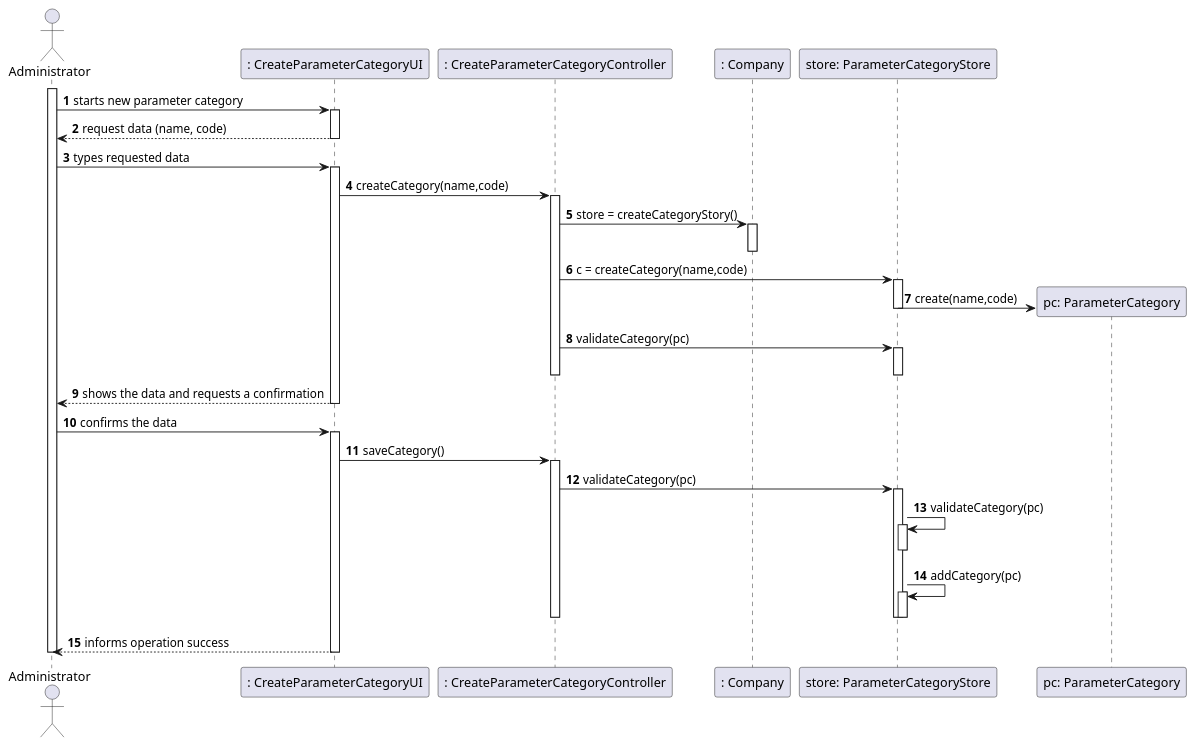
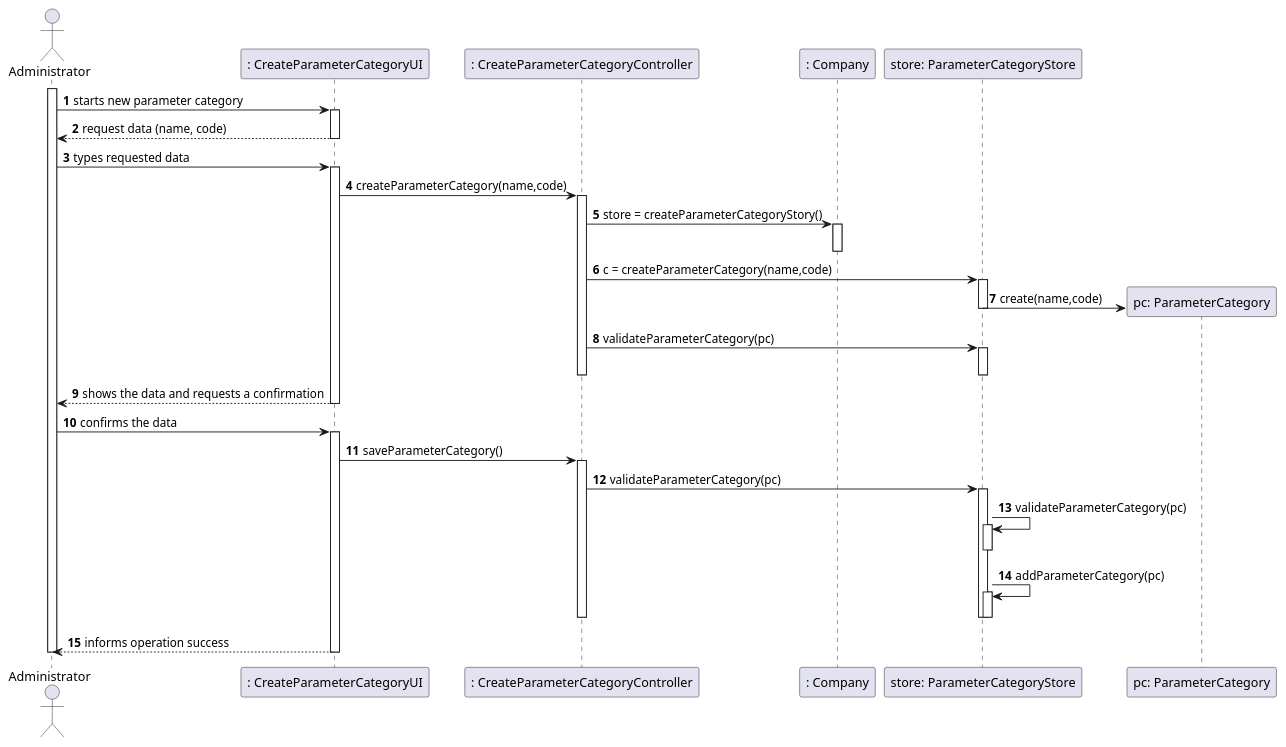
Before and after one commit to manu-07-ela/LAPR2_ISEP: the diagram in docs/SprintB/US11/US11-SD.puml, drawn with PlantUML.

Commit message:
Slight change in the US11 SD

```diff
--- a/docs/SprintB/US11/US11-SD.puml
+++ b/docs/SprintB/US11/US11-SD.puml
@@ -1,55 +1,55 @@
 @startuml
 autonumber
 'hide footbox
 actor "Administrator" as Adm
 
 participant ": CreateParameterCategoryUI" as UI
 participant ": CreateParameterCategoryController" as CTRL
 participant ": Company" as Comp
 participant "store: ParameterCategoryStore" as str
 participant "pc: ParameterCategory" as Cat
 
 activate Adm
 Adm-> UI: starts new parameter category
 activate UI
 UI --> Adm : request data (name, code)
 deactivate UI
 Adm -> UI: types requested data
 activate UI
 
-UI -> CTRL : createCategory(name,code)
+UI -> CTRL : createParameterCategory(name,code)
 activate CTRL
-CTRL -> Comp : store = createCategoryStory()
+CTRL -> Comp : store = createParameterCategoryStory()
 activate Comp
 deactivate Comp
-CTRL -> str : c = createCategory(name,code)
+CTRL -> str : c = createParameterCategory(name,code)
 activate str
 str -> Cat** : create(name,code)
 deactivate str
 
-CTRL -> str : validateCategory(pc)
+CTRL -> str : validateParameterCategory(pc)
 activate str
 deactivate str
 deactivate CTRL
 
 UI --> Adm : shows the data and requests a confirmation
 deactivate UI
 Adm -> UI: confirms the data
 activate UI
 
-UI -> CTRL: saveCategory()
+UI -> CTRL: saveParameterCategory()
 activate CTRL
-CTRL -> str: validateCategory(pc)
+CTRL -> str: validateParameterCategory(pc)
 activate str
-str -> str : validateCategory(pc)
+str -> str : validateParameterCategory(pc)
 activate str
 deactivate str
-str ->str : addCategory(pc)
+str ->str : addParameterCategory(pc)
 activate str
 deactivate str
 deactivate str
 deactivate CTRL
 UI --> Adm : informs operation success
 deactivate UI
 deactivate Adm
 @enduml
```
